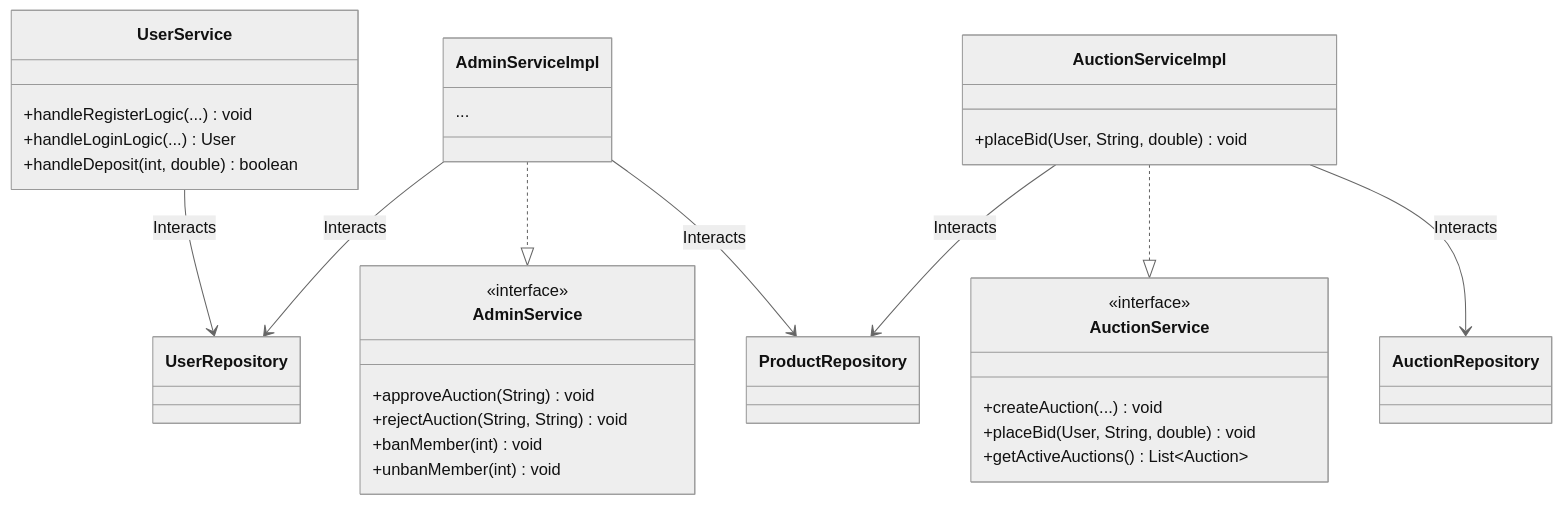
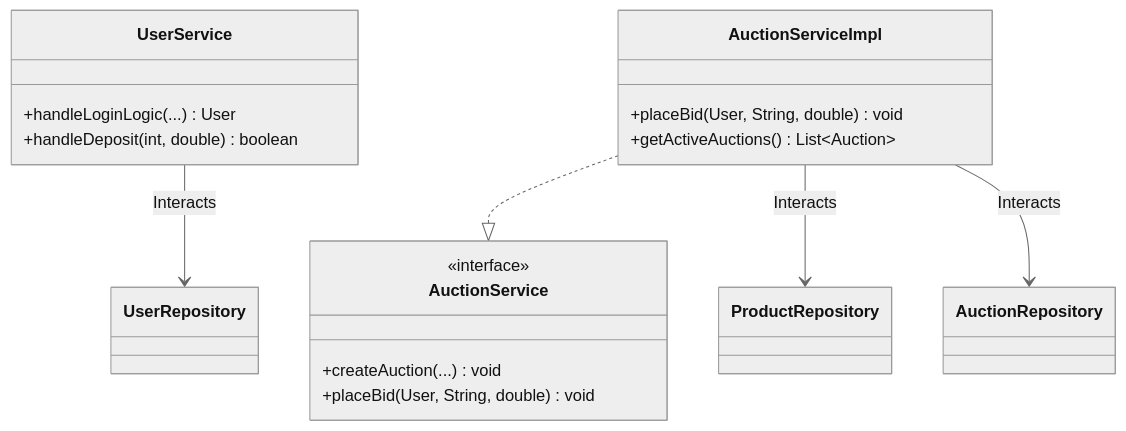
One commit to 25021616-sketch/Dau_Gia_Truc_Tuyen_Nhom2 changed the third of 4 diagrams in README.md. Above: the diagram before and after it, drawn with Mermaid (neutral theme). The commit also changed other lines of this file, not shown here.

````diff
--- a/README.md
+++ b/README.md
@@ -225,38 +115,21 @@
 ```mermaid
 classDiagram
     direction TB
-
     class UserService {
-        +handleRegisterLogic(...) void
         +handleLoginLogic(...) User
         +handleDeposit(int, double) boolean
     }
-
-    class AdminService {
-        <<interface>>
-        +approveAuction(String) void
-        +rejectAuction(String, String) void
-        +banMember(int) void
-        +unbanMember(int) void
-    }
-    class AdminServiceImpl { ... }
-
     class AuctionService {
         <<interface>>
         +createAuction(...) void
         +placeBid(User, String, double) void
-        +getActiveAuctions() List~Auction~
     }
     class AuctionServiceImpl {
         +placeBid(User, String, double) void
+        +getActiveAuctions() List~Auction~
     }
-
-    AdminServiceImpl ..|> AdminService
     AuctionServiceImpl ..|> AuctionService
-    
     UserService --> UserRepository : Interacts
-    AdminServiceImpl --> UserRepository : Interacts
-    AdminServiceImpl --> ProductRepository : Interacts
     AuctionServiceImpl --> ProductRepository : Interacts
     AuctionServiceImpl --> AuctionRepository : Interacts
 ```
````
